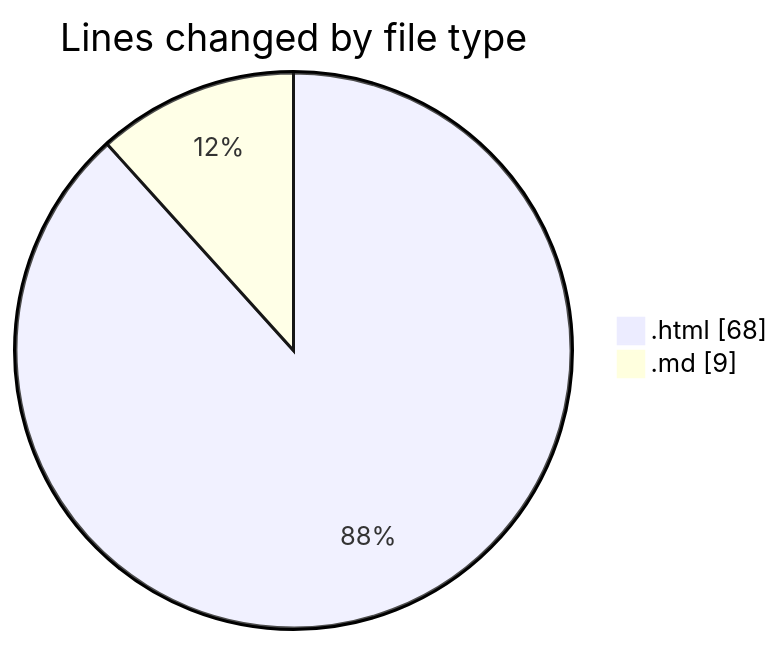
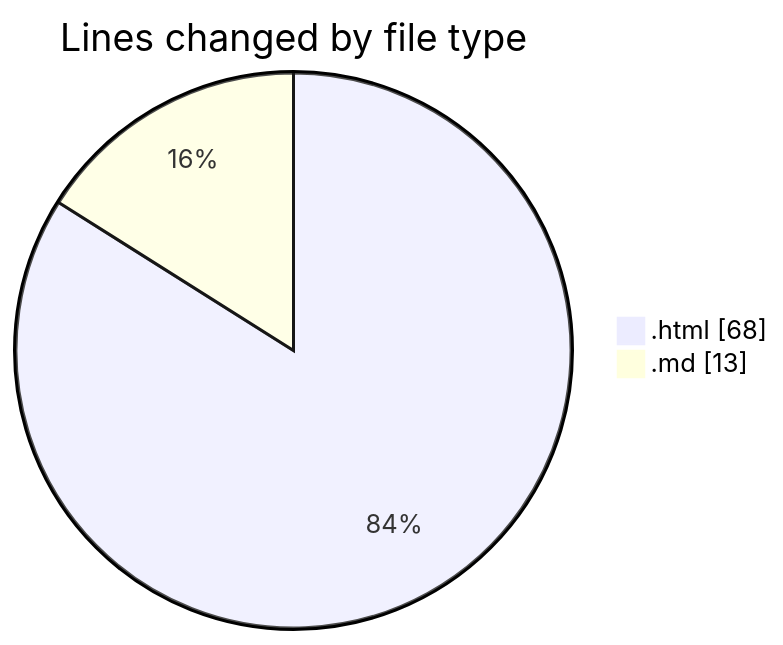
The first of 2 diagrams in 2025-07-04/urlwebwala_intership_work/README.md (Ritupan-Deka/code-tracking), drawn with Mermaid before and after one commit. The commit also changed other lines of this file and 1 other file, not shown here.

````diff
--- a/2025-07-04/urlwebwala_intership_work/README.md
+++ b/2025-07-04/urlwebwala_intership_work/README.md
@@ -21,6 +21,6 @@
 ```mermaid
 pie showData
 title Lines changed by file type
 ".html" : 68
-".md" : 9
+".md" : 13
 ```
````
